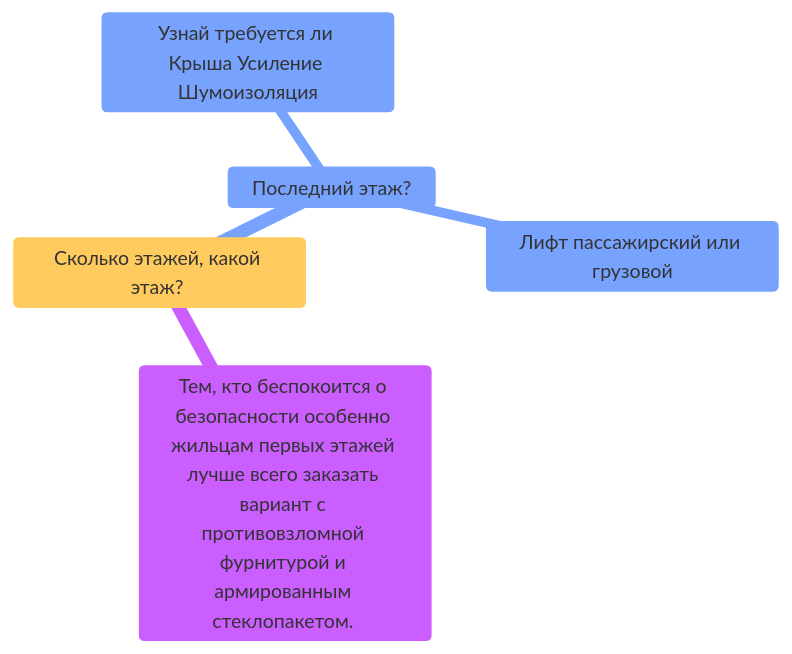
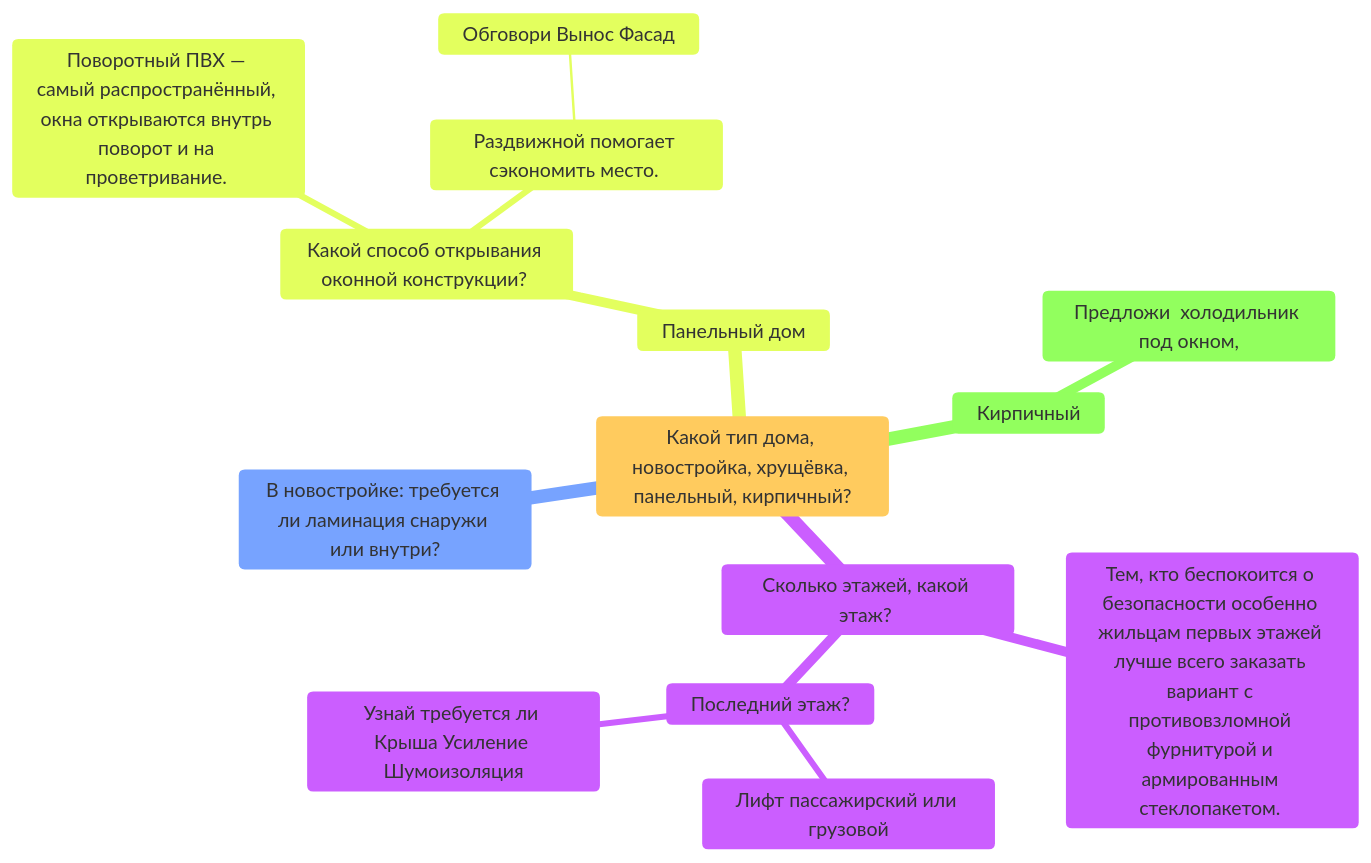
The first of 4 diagrams in content/questions.md (NazarovKI/knowledge), drawn with Mermaid before and after one commit. The commit also changed other lines of this file and 5 other files, not shown here.

````diff
--- a/content/questions.md
+++ b/content/questions.md
@@ -73,13 +49,22 @@
-```mermaid
+```mermaid 
 --- 
 config: 
   logLevel: 'debug' 
   theme: 'base' 
 ---
 mindmap
-		Сколько этажей, какой этаж? 
-			Тем, кто беспокоится о безопасности особенно жильцам первых этажей лучше всего заказать вариант с противовзломной фурнитурой и армированным стеклопакетом. 
-			Последний этаж?
-				Лифт пассажирский или грузовой
-				Узнай требуется ли Крыша Усиление Шумоизоляция
+Какой тип дома, новостройка, хрущёвка, панельный, кирпичный?
+	Сколько этажей, какой этаж? 
+		Тем, кто беспокоится о безопасности особенно жильцам первых этажей лучше всего заказать вариант с противовзломной фурнитурой и армированным стеклопакетом. 
+		Последний этаж?
+			Лифт пассажирский или грузовой
+			Узнай требуется ли Крыша Усиление Шумоизоляция
+	В новостройке: требуется ли ламинация снаружи или внутри?
+	Панельный дом
+		Какой способ открывания оконной конструкции? 
+			Поворотный ПВХ — самый распространённый, окна открываются внутрь поворот и на проветривание. 
+			Раздвижной помогает сэкономить место. 
+				Обговори Вынос Фасад 
+	Кирпичный 
+	    Предложи  холодильник под окном,
 ```
````
